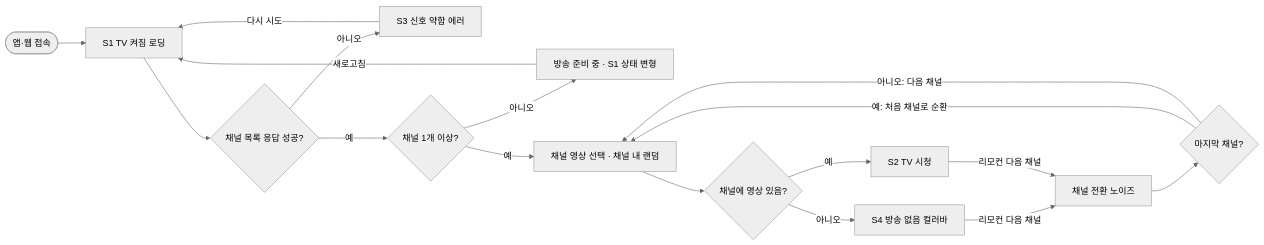
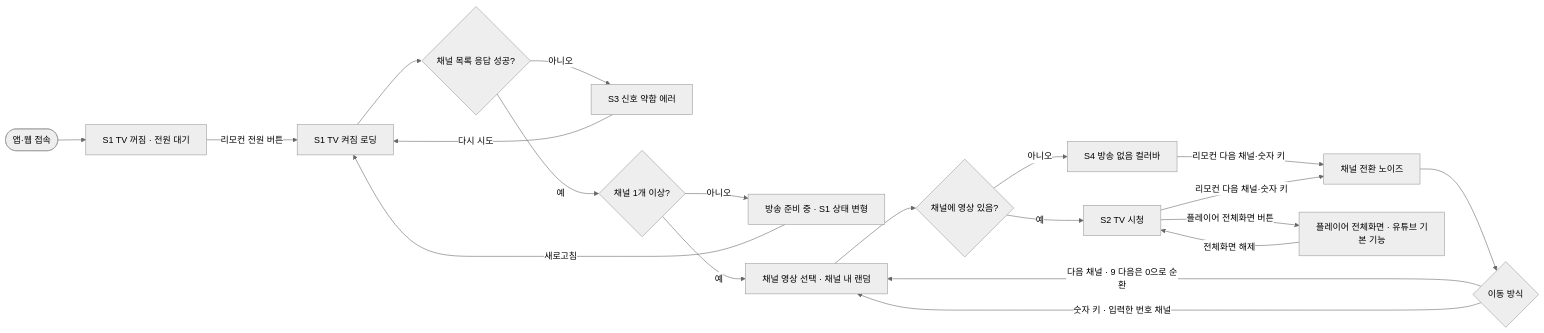
Before and after one commit to neordinary-hackathon-2/nerodinary_hackathon: the diagram in docs/planning/03-flow.md, drawn with Mermaid (neutral theme). The commit also changed other lines of this file and 4 other files, not shown here.

Commit message:
docs: 기획 문서 최신화 (채널 0~9번 확정, TV 전원·전체화면·리모컨 반영)

````diff
--- a/docs/planning/03-flow.md
+++ b/docs/planning/03-flow.md
@@ -11,19 +12,22 @@
 ```mermaid
 flowchart LR
-  A([앱·웹 접속]) --> B[S1 TV 켜짐 로딩]
+  A([앱·웹 접속]) --> O[S1 TV 꺼짐 · 전원 대기]
+  O -->|리모컨 전원 버튼| B[S1 TV 켜짐 로딩]
   B --> Q1{채널 목록 응답 성공?}
   Q1 -->|아니오| E[S3 신호 약함 에러]
   E -->|다시 시도| B
   Q1 -->|예| Q2{채널 1개 이상?}
   Q2 -->|아니오| G[방송 준비 중 · S1 상태 변형]
   G -->|새로고침| B
   Q2 -->|예| P[채널 영상 선택 · 채널 내 랜덤]
   P --> Q3{채널에 영상 있음?}
   Q3 -->|예| C[S2 TV 시청]
   Q3 -->|아니오| F[S4 방송 없음 컬러바]
-  F -->|리모컨 다음 채널| D
-  C -->|리모컨 다음 채널| D[채널 전환 노이즈]
-  D --> Q4{마지막 채널?}
-  Q4 -->|예: 처음 채널로 순환| P
-  Q4 -->|아니오: 다음 채널| P
+  F -->|리모컨 다음 채널·숫자 키| D
+  C -->|리모컨 다음 채널·숫자 키| D[채널 전환 노이즈]
+  C -->|플레이어 전체화면 버튼| H[플레이어 전체화면 · 유튜브 기본 기능]
+  H -->|전체화면 해제| C
+  D --> Q4{이동 방식}
+  Q4 -->|다음 채널 · 9 다음은 0으로 순환| P
+  Q4 -->|숫자 키 · 입력한 번호 채널| P
 ```
````
